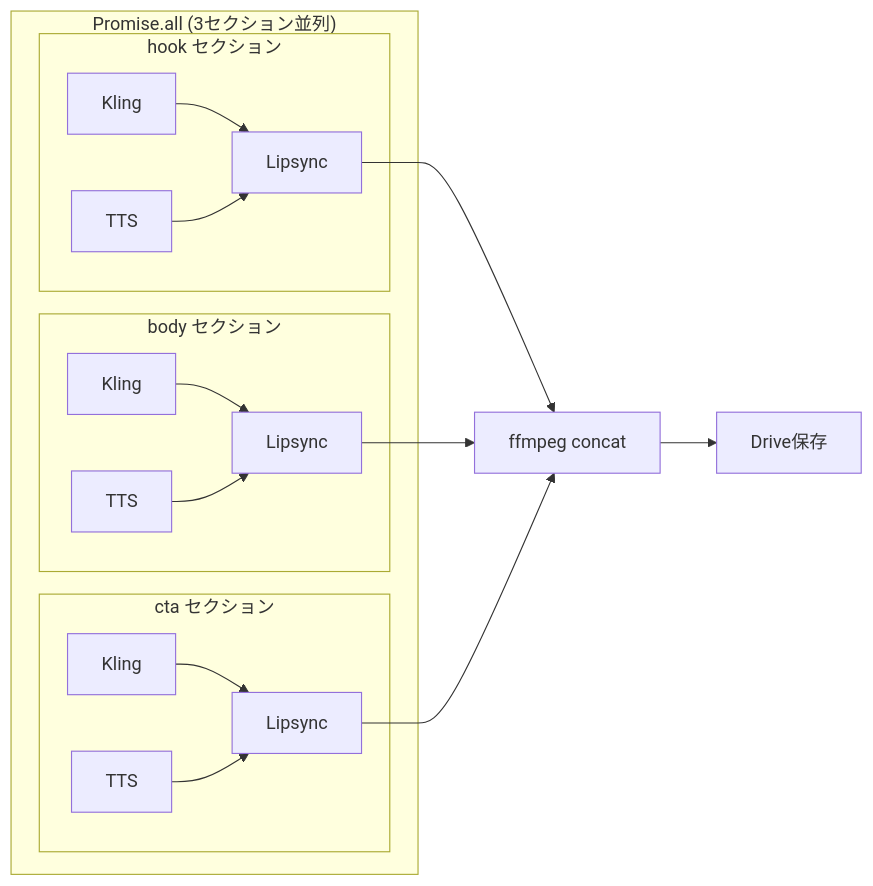
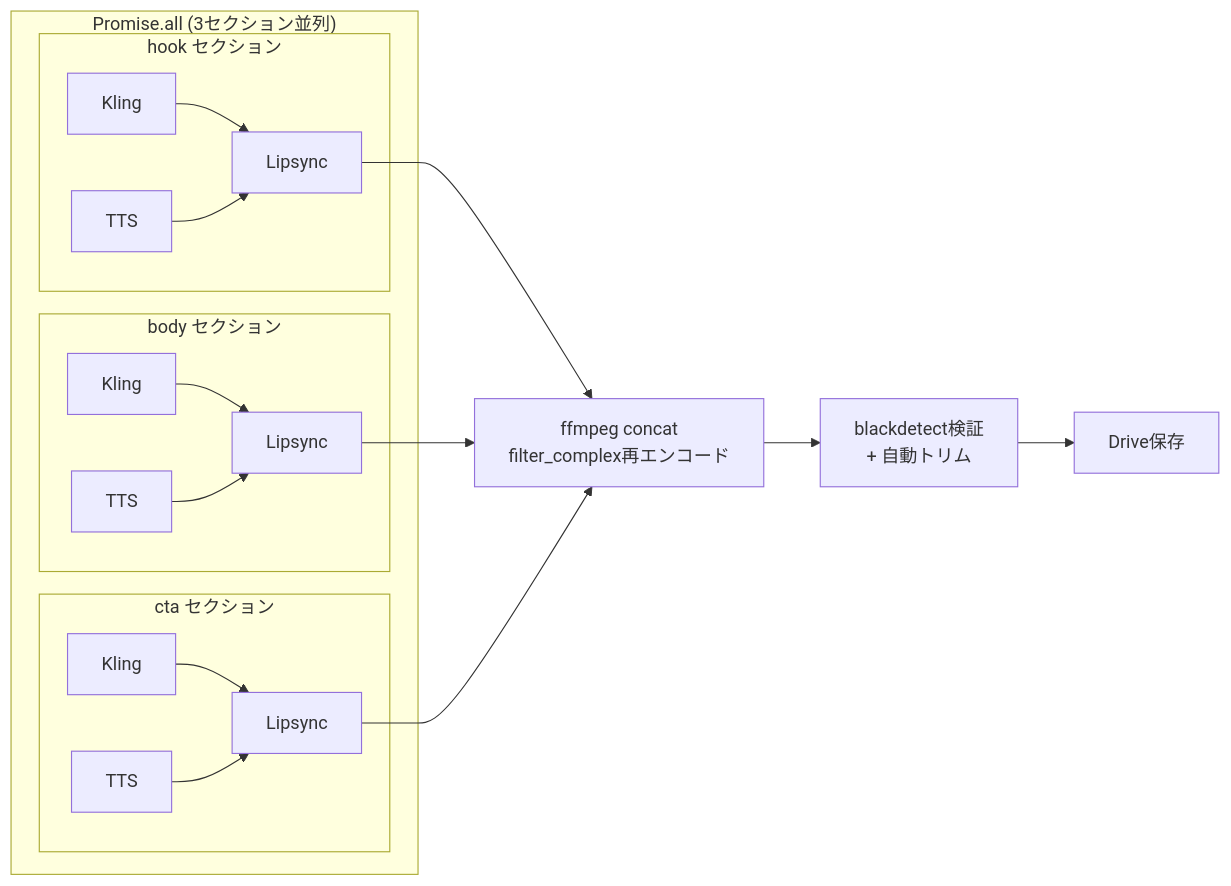
One commit to Ceed-dev/ai-influencer changed the second of 2 diagrams in docs/ARCHITECTURE.md. Above: the diagram before and after it, drawn with Mermaid. The commit also changed other lines of this file and 4 other files, not shown here.

First line of the commit message:
Fix black frames: re-encode concat with filter_complex + blackdetect validation

````diff
--- a/docs/ARCHITECTURE.md
+++ b/docs/ARCHITECTURE.md
@@ -168,21 +171,22 @@
 ```mermaid
 graph LR
     subgraph 並列["Promise.all (3セクション並列)"]
         subgraph Hook["hook セクション"]
             HK[Kling] --> HL[Lipsync]
             HT[TTS] --> HL
         end
         subgraph Body["body セクション"]
             BK[Kling] --> BL[Lipsync]
             BT[TTS] --> BL
         end
         subgraph CTA["cta セクション"]
             CK[Kling] --> CL[Lipsync]
             CT[TTS] --> CL
         end
     end
-    HL --> FF[ffmpeg concat]
+    HL --> FF[ffmpeg concat<br/>filter_complex再エンコード]
     BL --> FF
     CL --> FF
-    FF --> DR[Drive保存]
+    FF --> BV[blackdetect検証<br/>+ 自動トリム]
+    BV --> DR[Drive保存]
 ```
````
